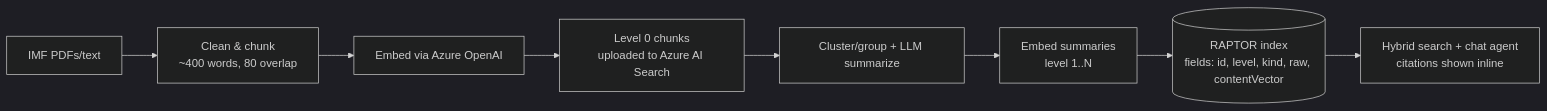
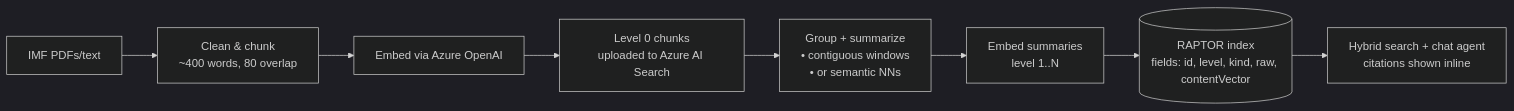
The diagram in README.md (ozgurgulerx/ai-search-raptor), drawn with Mermaid (dark theme) before and after one commit.

````diff
--- a/README.md
+++ b/README.md
@@ -24,10 +24,10 @@
 ```mermaid
 graph LR
     A[IMF PDFs/text] --> B[Clean & chunk<br/>~400 words, 80 overlap]
     B --> C[Embed via Azure OpenAI]
     C --> D[Level 0 chunks<br/>uploaded to Azure AI Search]
-    D --> E[Cluster/group + LLM summarize]
+    D --> E[Group + summarize<br/>• contiguous windows<br/>• or semantic NNs]
     E --> F[Embed summaries<br/>level 1..N]
     F --> G[(RAPTOR index<br/>fields: id, level, kind, raw, contentVector)]
     G --> H[Hybrid search + chat agent<br/>citations shown inline]
 ```
````
